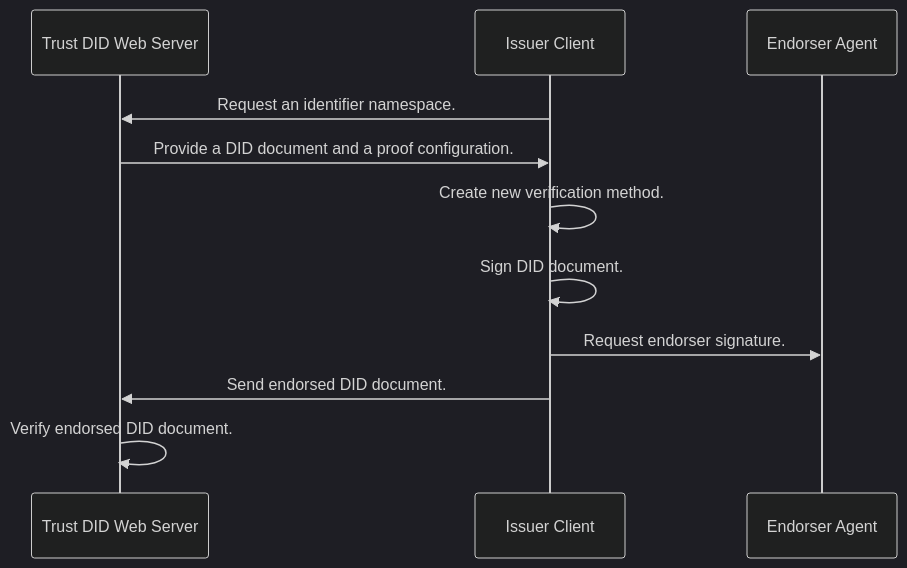
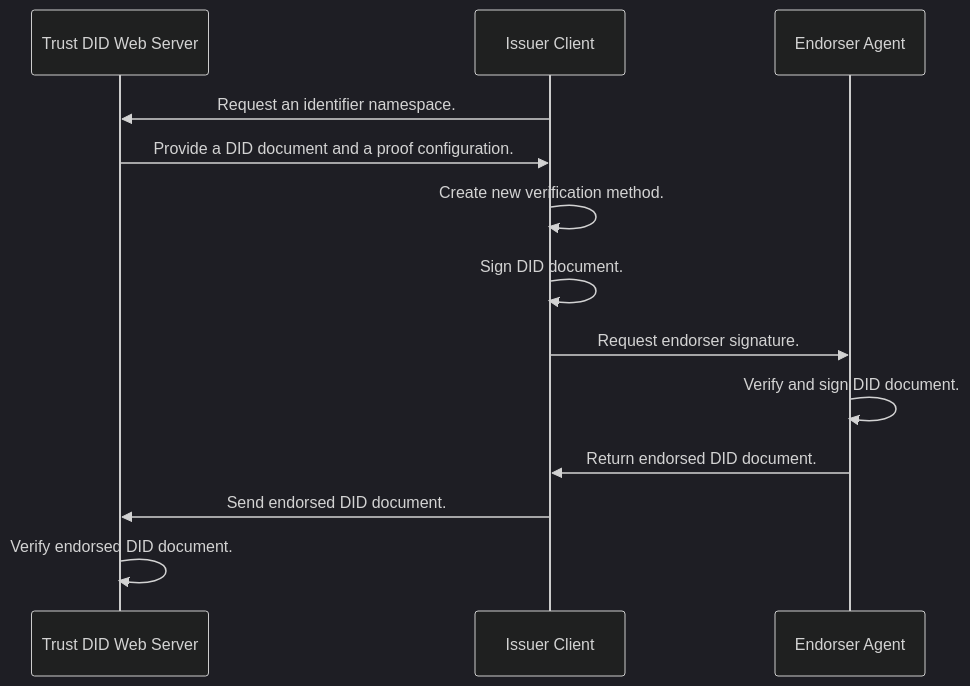
One commit to decentralized-identity/trustdidweb-server-py changed the diagram in README.md. Above: the diagram before and after it, drawn with Mermaid (dark theme).

Commit message:
improve readme

````diff
--- a/README.md
+++ b/README.md
@@ -28,13 +28,15 @@
 ```mermaid
 sequenceDiagram
     participant Trust DID Web Server
     participant Issuer Client
     participant Endorser Agent
     Issuer Client->>Trust DID Web Server: Request an identifier namespace.
     Trust DID Web Server->>Issuer Client: Provide a DID document and a proof configuration.
     Issuer Client->>Issuer Client: Create new verification method.
     Issuer Client->>Issuer Client: Sign DID document.
     Issuer Client->>Endorser Agent: Request endorser signature.
+    Endorser Agent->>Endorser Agent: Verify and sign DID document.
+    Endorser Agent->>Issuer Client: Return endorsed DID document.
     Issuer Client->>Trust DID Web Server: Send endorsed DID document.
     Trust DID Web Server->>Trust DID Web Server: Verify endorsed DID document.
 ```
````
